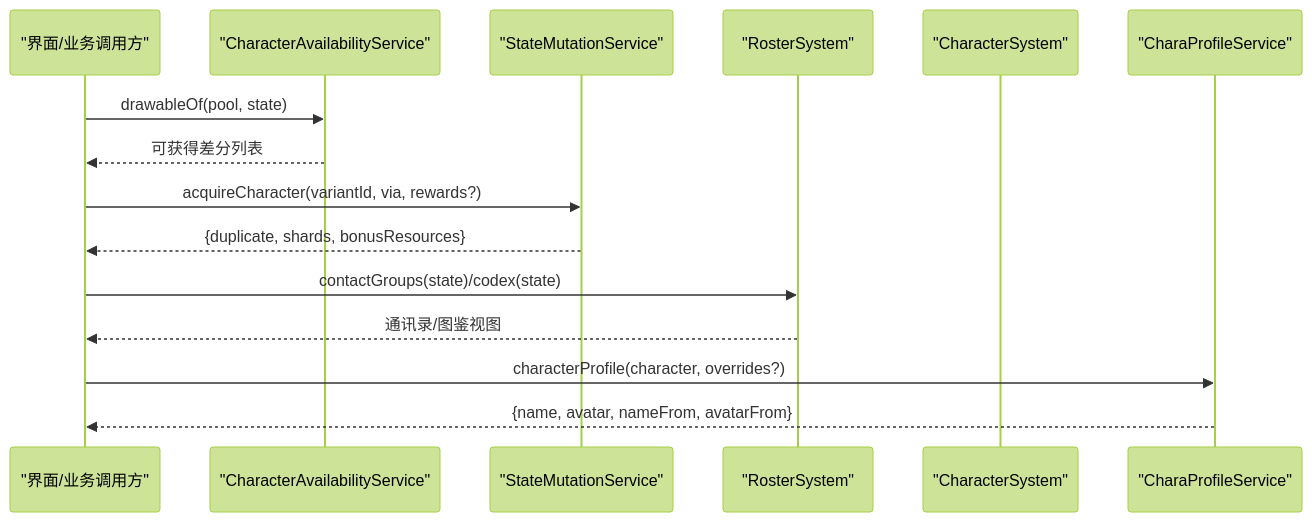
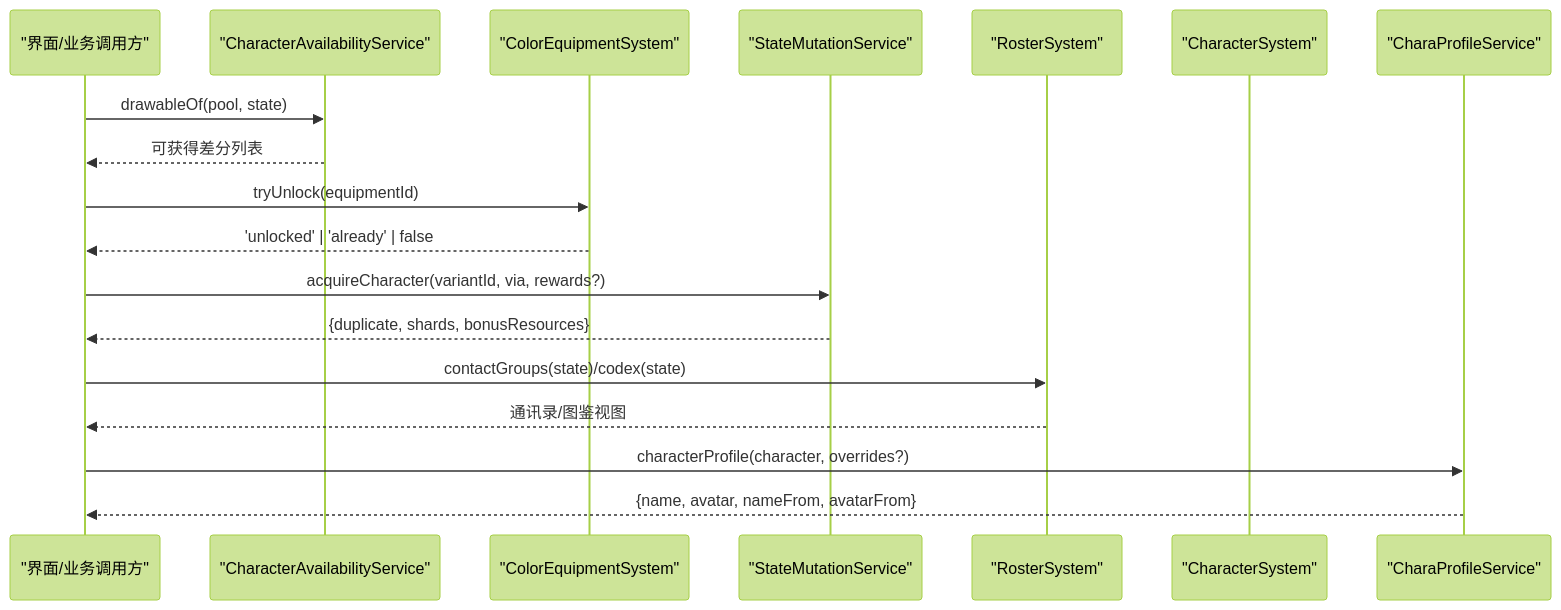
The second of 10 diagrams in .qoder/repowiki/zh/content/游戏系统/角色系统.md (EsiLA9/Arona-Clicker), drawn with Mermaid (forest theme) before and after one commit. The commit also changed other lines of this file and 76 other files, not shown here.

````diff
--- a/.qoder/repowiki/zh/content/游戏系统/角色系统.md
+++ b/.qoder/repowiki/zh/content/游戏系统/角色系统.md
@@ -122,17 +126,20 @@
 ```mermaid
 sequenceDiagram
 participant UI as "界面/业务调用方"
 participant Avail as "CharacterAvailabilityService"
+participant Equip as "ColorEquipmentSystem"
 participant Mut as "StateMutationService"
 participant Rost as "RosterSystem"
 participant CharSys as "CharacterSystem"
 participant Prof as "CharaProfileService"
 UI->>Avail : drawableOf(pool, state)
 Avail-->>UI : 可获得差分列表
+UI->>Equip : tryUnlock(equipmentId)
+Equip-->>UI : 'unlocked' | 'already' | false
 UI->>Mut : acquireCharacter(variantId, via, rewards?)
 Mut-->>UI : {duplicate, shards, bonusResources}
 UI->>Rost : contactGroups(state)/codex(state)
 Rost-->>UI : 通讯录/图鉴视图
 UI->>Prof : characterProfile(character, overrides?)
 Prof-->>UI : {name, avatar, nameFrom, avatarFrom}
 ```
````
